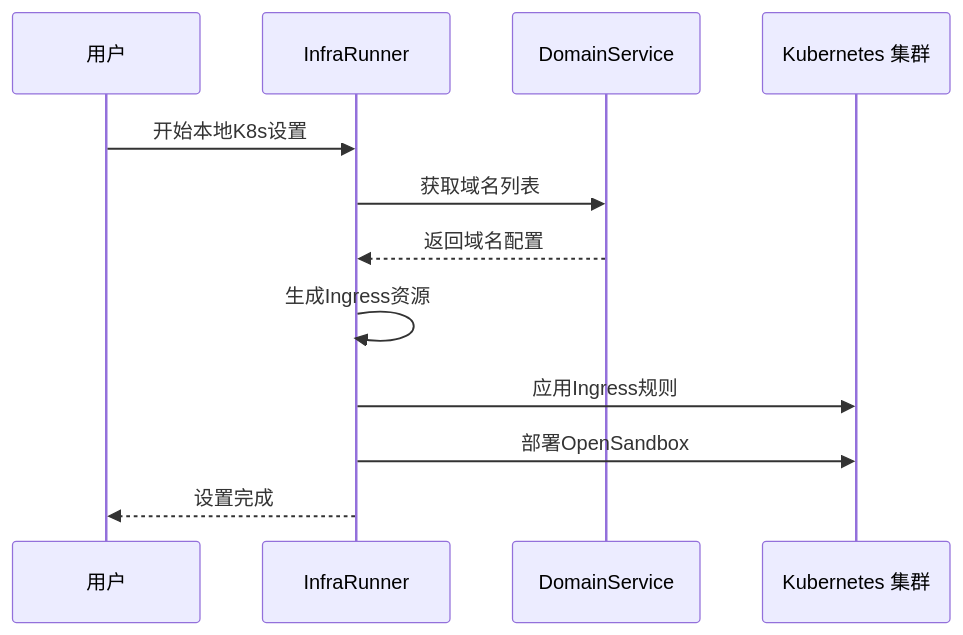
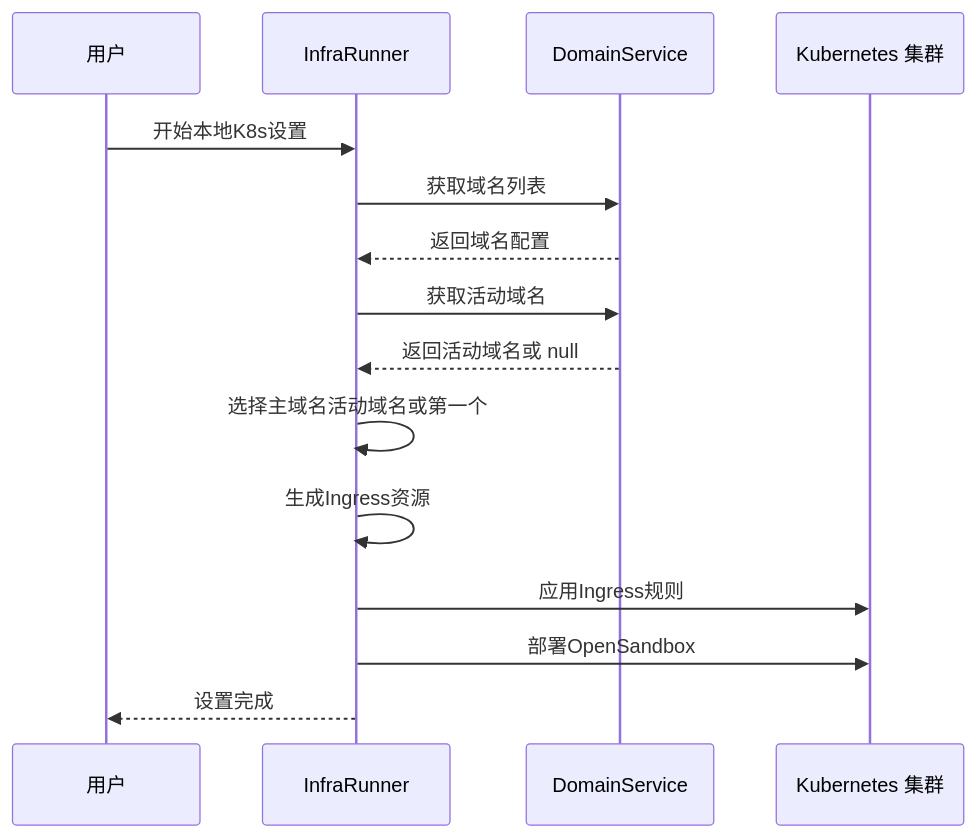
One commit to RabbitAI-Lab/Sandbox-Manager changed the tenth of 12 diagrams in .qoder/repowiki/zh/content/后端服务详解/域名管理系统.md. Above: the diagram before and after it, drawn with Mermaid. The commit also changed other lines of this file and 6 other files, not shown here.

````diff
--- a/.qoder/repowiki/zh/content/后端服务详解/域名管理系统.md
+++ b/.qoder/repowiki/zh/content/后端服务详解/域名管理系统.md
@@ -320,14 +396,17 @@
 ```mermaid
 sequenceDiagram
 participant User as 用户
 participant Runner as InfraRunner
 participant DomainSvc as DomainService
 participant K8s as Kubernetes 集群
 User->>Runner : 开始本地K8s设置
 Runner->>DomainSvc : 获取域名列表
 DomainSvc-->>Runner : 返回域名配置
+Runner->>DomainSvc : 获取活动域名
+DomainSvc-->>Runner : 返回活动域名或 null
+Runner->>Runner : 选择主域名活动域名或第一个
 Runner->>Runner : 生成Ingress资源
 Runner->>K8s : 应用Ingress规则
 Runner->>K8s : 部署OpenSandbox
 Runner-->>User : 设置完成
 ```
````
